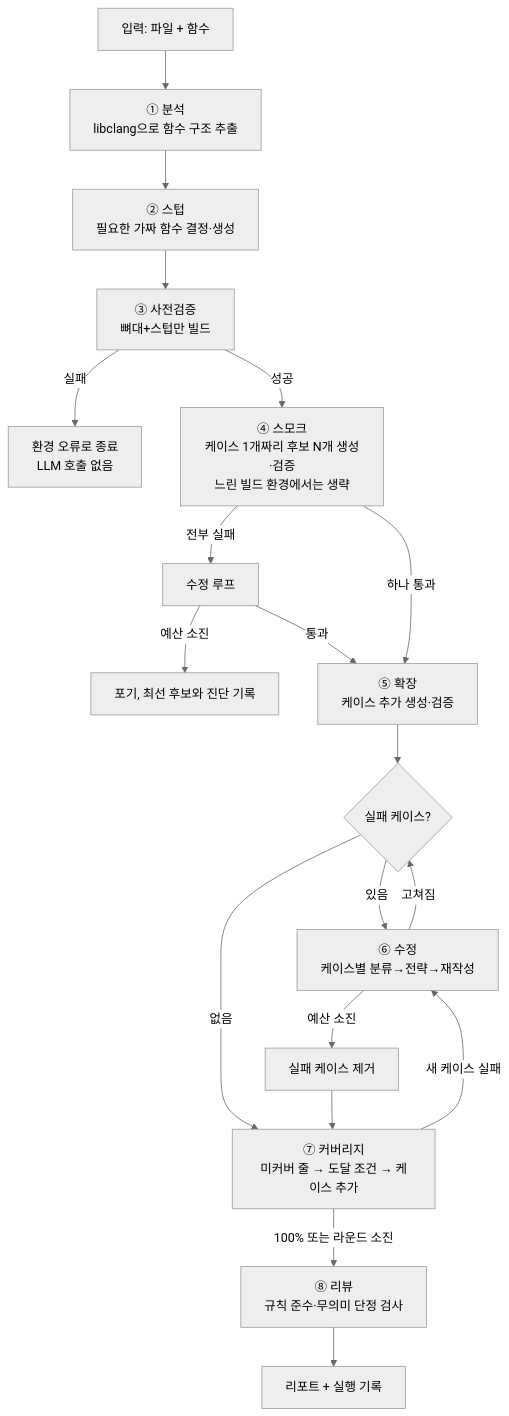
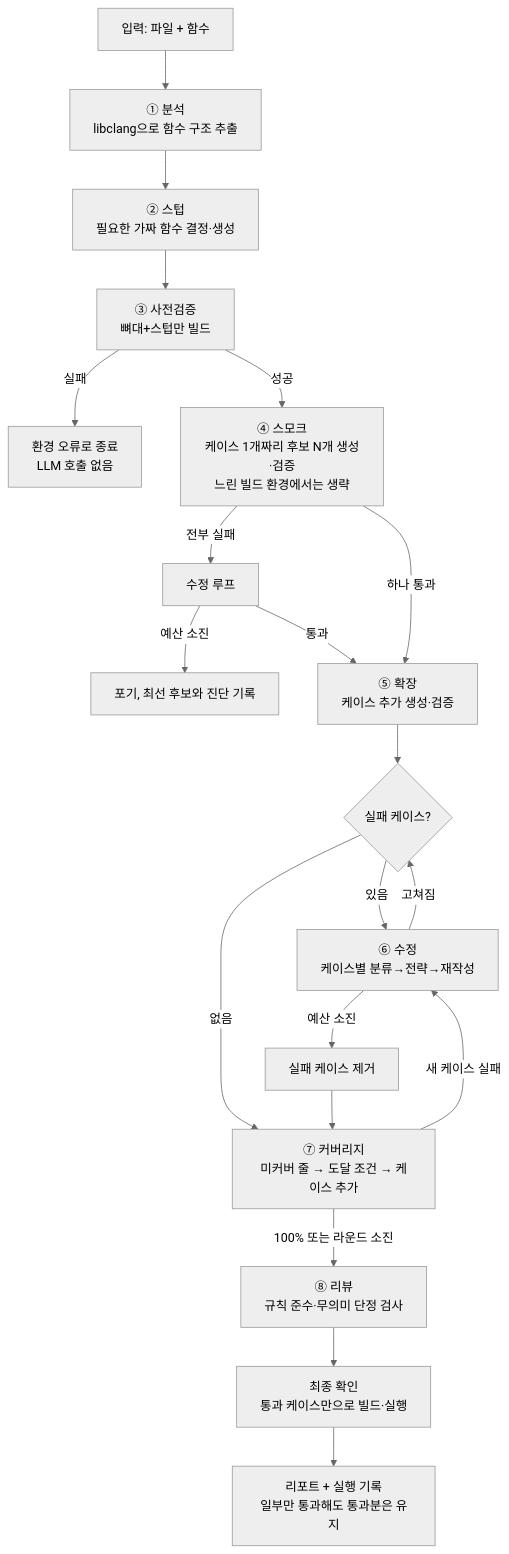
Before and after one commit to haangman/GenUT: the first of 3 diagrams in docs/design.md, drawn with Mermaid (neutral theme). The commit also changed other lines of this file and 1 other file, not shown here.

````diff
--- a/docs/design.md
+++ b/docs/design.md
@@ -130,21 +131,22 @@
 ```mermaid
 flowchart TD
     A[입력: 파일 + 함수] --> B[① 분석<br/>libclang으로 함수 구조 추출]
     B --> C[② 스텁<br/>필요한 가짜 함수 결정·생성]
     C --> D[③ 사전검증<br/>뼈대+스텁만 빌드]
     D -->|실패| X1[환경 오류로 종료<br/>LLM 호출 없음]
     D -->|성공| E[④ 스모크<br/>케이스 1개짜리 후보 N개 생성·검증<br/>느린 빌드 환경에서는 생략]
     E -->|전부 실패| F1[수정 루프]
     F1 -->|예산 소진| X2[포기, 최선 후보와 진단 기록]
     F1 -->|통과| G
     E -->|하나 통과| G[⑤ 확장<br/>케이스 추가 생성·검증]
     G --> H{실패 케이스?}
     H -->|있음| I[⑥ 수정<br/>케이스별 분류→전략→재작성]
     I -->|고쳐짐| H
     I -->|예산 소진| J[실패 케이스 제거]
     H -->|없음| K
     J --> K[⑦ 커버리지<br/>미커버 줄 → 도달 조건 → 케이스 추가]
     K -->|100% 또는 라운드 소진| L[⑧ 리뷰<br/>규칙 준수·무의미 단정 검사]
     K -->|새 케이스 실패| I
-    L --> M[리포트 + 실행 기록]
+    L --> V[최종 확인<br/>통과 케이스만으로 빌드·실행]
+    V --> M[리포트 + 실행 기록<br/>일부만 통과해도 통과분은 유지]
 ```
````
